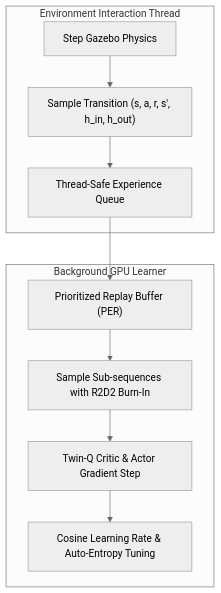
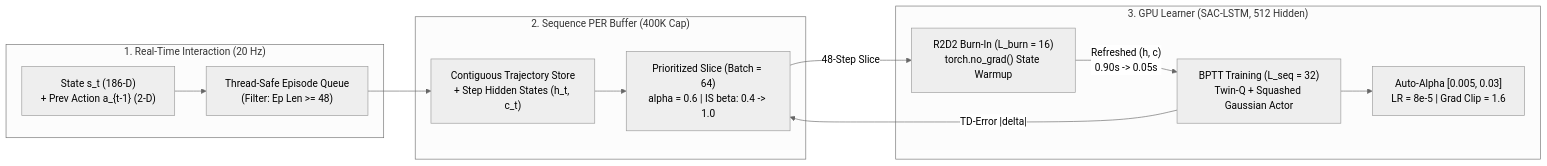
Before and after one commit to ragav-bm/recurrent-rl-navigation: the first of 3 diagrams in README.md, drawn with Mermaid (neutral theme). The commit also changed other lines of this file and 8 other files, not shown here.

Commit message:
docs: streamline README with claim-diagram-proof layout, add theory & setup docs, and remove generic SB3/tune scripts

````diff
--- a/README.md
+++ b/README.md
@@ -85,19 +22,25 @@
 ```mermaid
-flowchart TD
-    subgraph EnvThread ["Environment Interaction Thread"]
-        Step["Step Gazebo Physics"]
-        Collect["Sample Transition (s, a, r, s', h_in, h_out)"]
-        Queue["Thread-Safe Experience Queue"]
+flowchart LR
+    subgraph EnvThread ["1. Real-Time Interaction (20 Hz)"]
+        Obs["State s_t (186-D)\n+ Prev Action a_{t-1} (2-D)"]
+        EpQ["Thread-Safe Episode Queue\n(Filter: Ep Len >= 48)"]
+        Obs --> EpQ
     end
 
-    subgraph LearnerThread ["Background GPU Learner"]
-        Buffer["Prioritized Replay Buffer (PER)"]
-        Sample["Sample Sub-sequences with R2D2 Burn-In"]
-        Backprop["Twin-Q Critic & Actor Gradient Step"]
-        Sched["Cosine Learning Rate & Auto-Entropy Tuning"]
+    subgraph Buffer ["2. Sequence PER Buffer (400K Cap)"]
+        Store["Contiguous Trajectory Store\n+ Step Hidden States (h_t, c_t)"]
+        Sample["Prioritized Slice (Batch = 64)\nalpha = 0.6 | IS beta: 0.4 -> 1.0"]
+        Store --> Sample
     end
 
-    Step --> Collect --> Queue
-    Queue --> Buffer
-    Buffer --> Sample --> Backprop --> Sched
+    subgraph Learner ["3. GPU Learner (SAC-LSTM, 512 Hidden)"]
+        Burn["R2D2 Burn-In (L_burn = 16)\ntorch.no_grad() State Warmup"]
+        BPTT["BPTT Training (L_seq = 32)\nTwin-Q + Squashed Gaussian Actor"]
+        Opt["Auto-Alpha [0.005, 0.03]\nLR = 8e-5 | Grad Clip = 1.6"]
+        Burn -->|"Refreshed (h, c)\n0.90s -> 0.05s"| BPTT --> Opt
+    end
+
+    EpQ --> Store
+    Sample -->|"48-Step Slice"| Burn
+    BPTT -->|"TD-Error |delta|"| Sample
 ```
````
